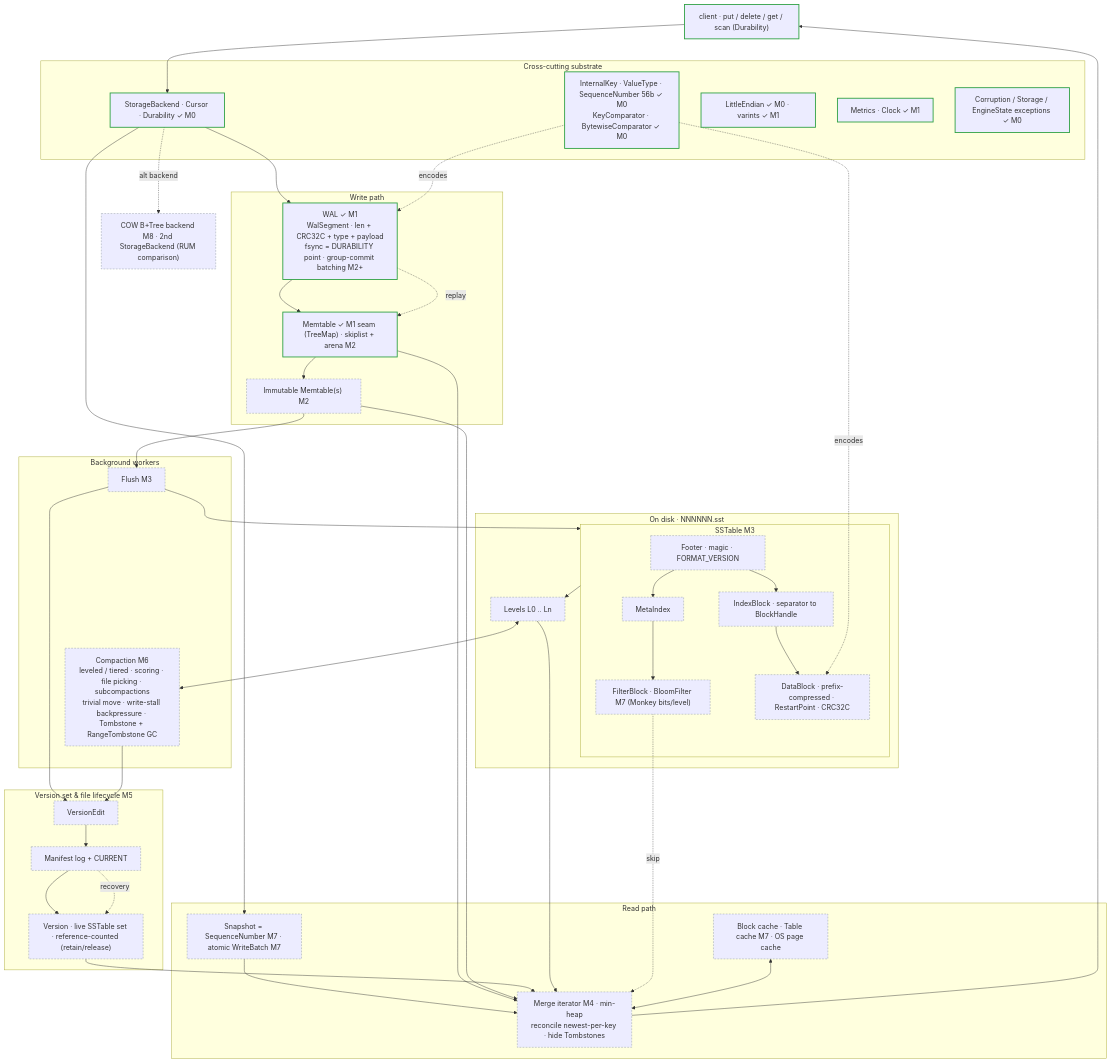
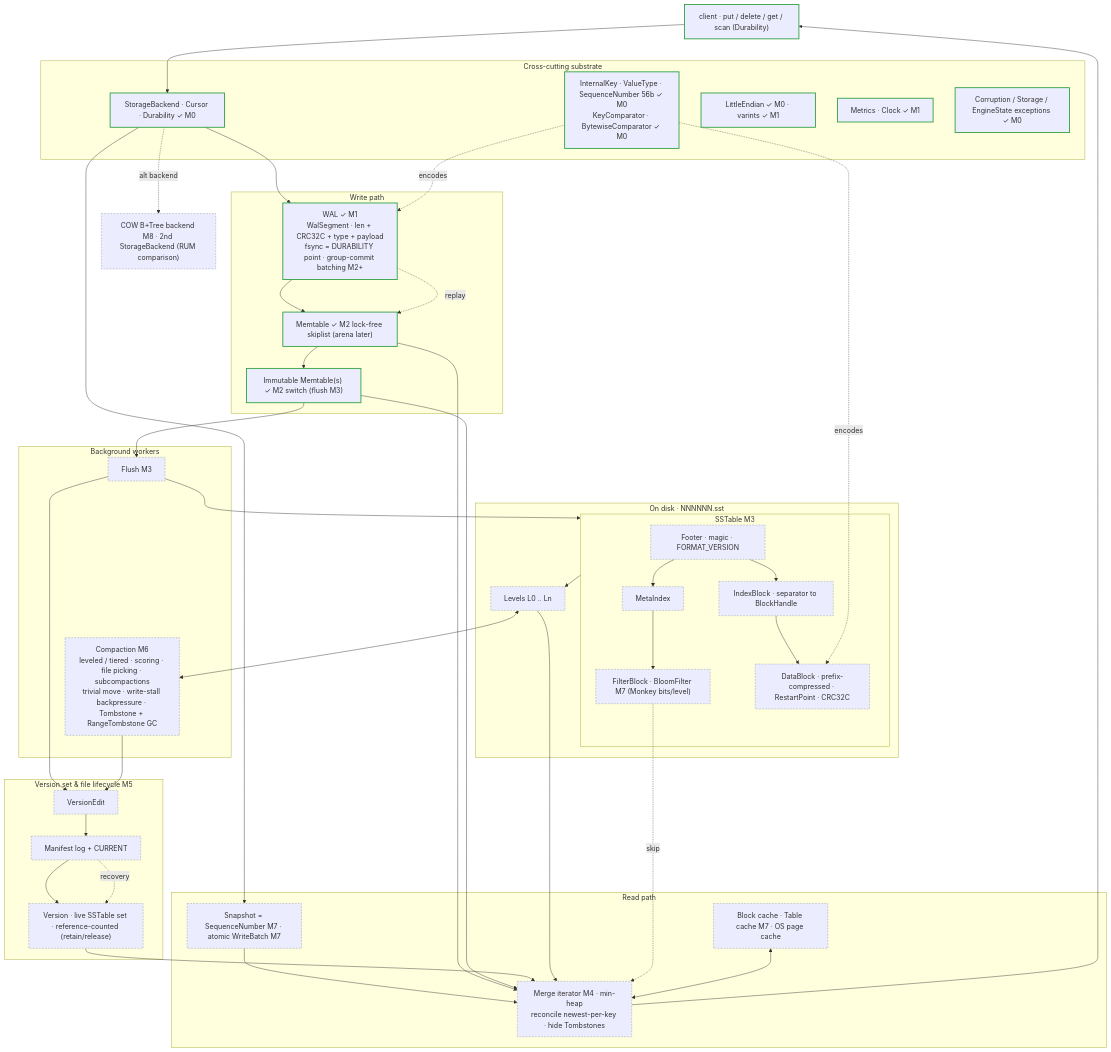
One commit to rahul-j0shi/shale changed the second of 4 diagrams in README.md. Above: the diagram before and after it, drawn with Mermaid. The commit also changed other lines of this file and 1 other file, not shown here.

First line of the commit message:
docs(docs): M2 release note and README status/diagram update

````diff
--- a/README.md
+++ b/README.md
@@ -98,82 +102,82 @@
 ```mermaid
 flowchart TB
   client["client · put / delete / get / scan (Durability)"]:::done
 
   subgraph xcut["Cross-cutting substrate"]
     spi["StorageBackend · Cursor · Durability ✓ M0"]:::done
     keyz["InternalKey · ValueType · SequenceNumber 56b ✓ M0<br/>KeyComparator · BytewiseComparator ✓ M0"]:::done
     codez["LittleEndian ✓ M0 · varints ✓ M1"]:::done
     obs["Metrics · Clock ✓ M1"]:::done
     errs["Corruption / Storage / EngineState exceptions ✓ M0"]:::done
   end
 
   subgraph wpath["Write path"]
     wal["WAL ✓ M1<br/>WalSegment · len + CRC32C + type + payload<br/>fsync = DURABILITY point · group-commit batching M2+"]:::done
-    mem["Memtable ✓ M1 seam (TreeMap) · skiplist + arena M2"]:::done
-    imm["Immutable Memtable(s) M2"]:::plan
+    mem["Memtable ✓ M2 lock-free skiplist (arena later)"]:::done
+    imm["Immutable Memtable(s) ✓ M2 switch (flush M3)"]:::done
   end
 
   subgraph bg["Background workers"]
     flush["Flush M3"]:::plan
     comp["Compaction M6<br/>leveled / tiered · scoring · file picking · subcompactions<br/>trivial move · write-stall backpressure · Tombstone + RangeTombstone GC"]:::plan
   end
 
   subgraph store["On disk · NNNNNN.sst"]
     subgraph sstable["SSTable M3"]
       ft["Footer · magic · FORMAT_VERSION"]:::plan
       idx["IndexBlock · separator to BlockHandle"]:::plan
       mi["MetaIndex"]:::plan
       fb["FilterBlock · BloomFilter M7 (Monkey bits/level)"]:::plan
       db["DataBlock · prefix-compressed · RestartPoint · CRC32C"]:::plan
     end
     lvl["Levels L0 .. Ln"]:::plan
   end
 
   subgraph vers["Version set & file lifecycle M5"]
     edit["VersionEdit"]:::plan
     man["Manifest log + CURRENT"]:::plan
     ver["Version · live SSTable set · reference-counted (retain/release)"]:::plan
   end
 
   subgraph rpath["Read path"]
     snap["Snapshot = SequenceNumber M7 · atomic WriteBatch M7"]:::plan
     merge["Merge iterator M4 · min-heap<br/>reconcile newest-per-key · hide Tombstones"]:::plan
     cache["Block cache · Table cache M7 · OS page cache"]:::plan
   end
 
   bpt["COW B+Tree backend M8 · 2nd StorageBackend (RUM comparison)"]:::plan
 
   client --> spi
   spi --> wal
   wal --> mem
   mem --> imm
   imm --> flush
   flush --> sstable
   sstable --> lvl
   ft --> idx
   ft --> mi
   idx --> db
   mi --> fb
   flush --> edit
   comp --> edit
   lvl <--> comp
   edit --> man
   man --> ver
   spi --> snap
   snap --> merge
   mem --> merge
   imm --> merge
   ver --> merge
   lvl --> merge
   fb -. skip .-> merge
   cache <--> merge
   merge --> client
   man -. recovery .-> ver
   wal -. replay .-> mem
   keyz -. encodes .-> wal
   keyz -. encodes .-> db
   spi -. alt backend .-> bpt
 
   classDef done stroke:#2ea043,stroke-width:2px;
   classDef plan stroke:#8b949e,stroke-width:1px,stroke-dasharray:4 3;
 ```
````
